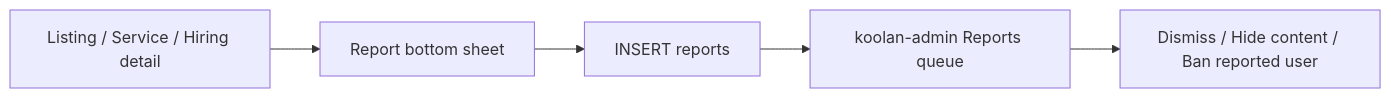
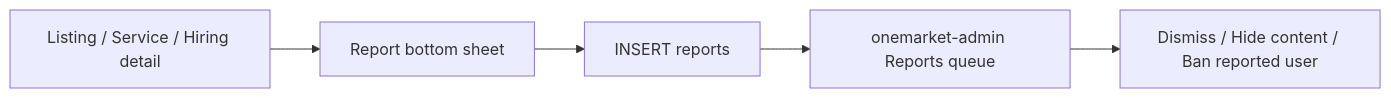
Before and after one commit to Bereket-dev/1market: the diagram in docs/reports_flagging_plan.md, drawn with Mermaid. The commit also changed other lines of this file and 170 other files, not shown here.

First line of the commit message:
rename: koolan → onemarket across entire codebase

````diff
--- a/docs/reports_flagging_plan.md
+++ b/docs/reports_flagging_plan.md
@@ -13,7 +13,7 @@
 ```mermaid
 flowchart LR
   Detail["Listing / Service / Hiring detail"] --> Sheet["Report bottom sheet"]
   Sheet --> Insert["INSERT reports"]
-  Insert --> Admin["koolan-admin Reports queue"]
+  Insert --> Admin["onemarket-admin Reports queue"]
   Admin --> Action["Dismiss / Hide content / Ban reported user"]
 ```
````
